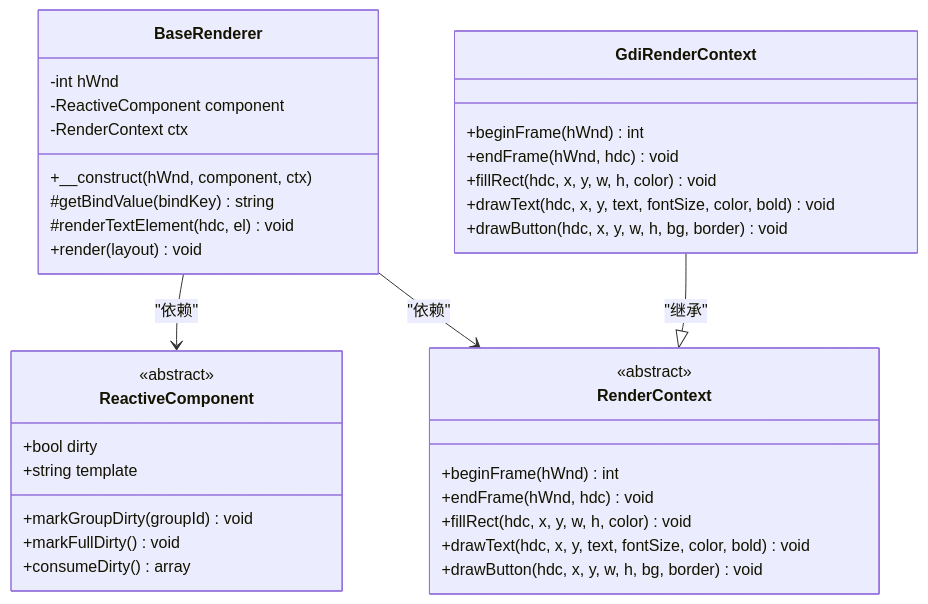
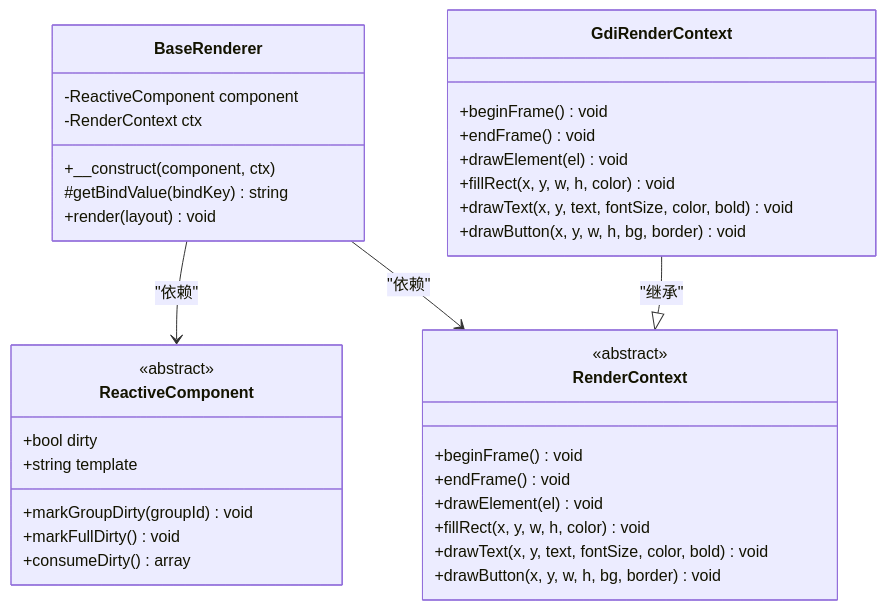
The third of 7 diagrams in .qoder/repowiki/zh/content/渲染系统实现/渲染器架构设计.md (xingye00186/PUI), drawn with Mermaid before and after one commit. The commit also changed other lines of this file and 10 other files, not shown here.

````diff
--- a/.qoder/repowiki/zh/content/渲染系统实现/渲染器架构设计.md
+++ b/.qoder/repowiki/zh/content/渲染系统实现/渲染器架构设计.md
@@ -187,38 +184,38 @@
 ```mermaid
 classDiagram
 class BaseRenderer {
--int hWnd
 -ReactiveComponent component
 -RenderContext ctx
-+__construct(hWnd, component, ctx)
++__construct(component, ctx)
 #getBindValue(bindKey) string
-#renderTextElement(hdc, el) void
 +render(layout) void
 }
 class ReactiveComponent {
 +bool dirty
 +string template
 +markGroupDirty(groupId) void
 +markFullDirty() void
 +consumeDirty() array
 <<abstract>>
 }
 class RenderContext {
 <<abstract>>
-+beginFrame(hWnd) int
-+endFrame(hWnd, hdc) void
-+fillRect(hdc, x, y, w, h, color) void
-+drawText(hdc, x, y, text, fontSize, color, bold) void
-+drawButton(hdc, x, y, w, h, bg, border) void
++beginFrame() void
++endFrame() void
++drawElement(el) void
++fillRect(x, y, w, h, color) void
++drawText(x, y, text, fontSize, color, bold) void
++drawButton(x, y, w, h, bg, border) void
 }
 class GdiRenderContext {
-+beginFrame(hWnd) int
-+endFrame(hWnd, hdc) void
-+fillRect(hdc, x, y, w, h, color) void
-+drawText(hdc, x, y, text, fontSize, color, bold) void
-+drawButton(hdc, x, y, w, h, bg, border) void
++beginFrame() void
++endFrame() void
++drawElement(el) void
++fillRect(x, y, w, h, color) void
++drawText(x, y, text, fontSize, color, bold) void
++drawButton(x, y, w, h, bg, border) void
 }
 BaseRenderer --> ReactiveComponent : "依赖"
 BaseRenderer --> RenderContext : "依赖"
 GdiRenderContext --|> RenderContext : "继承"
 ```
````
